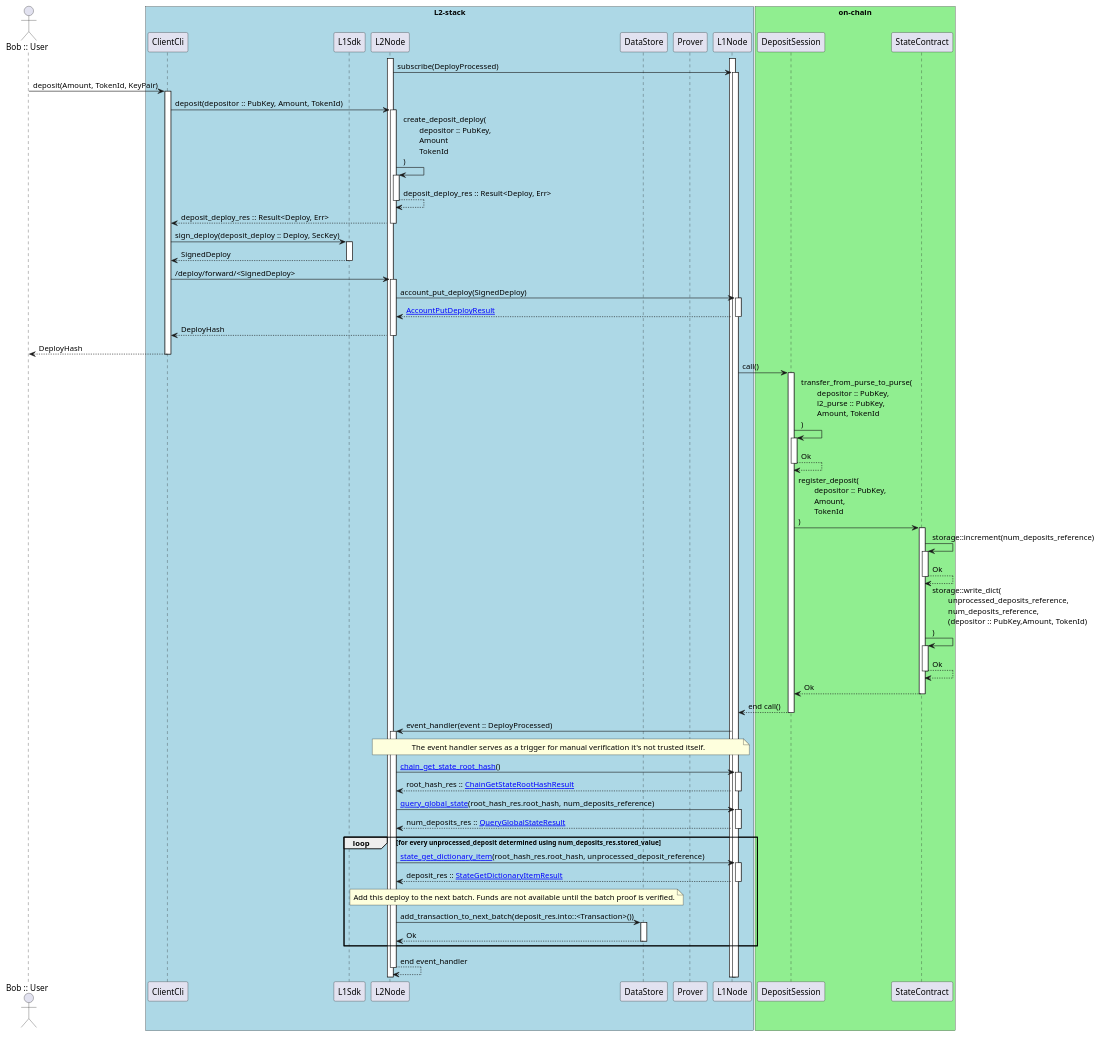
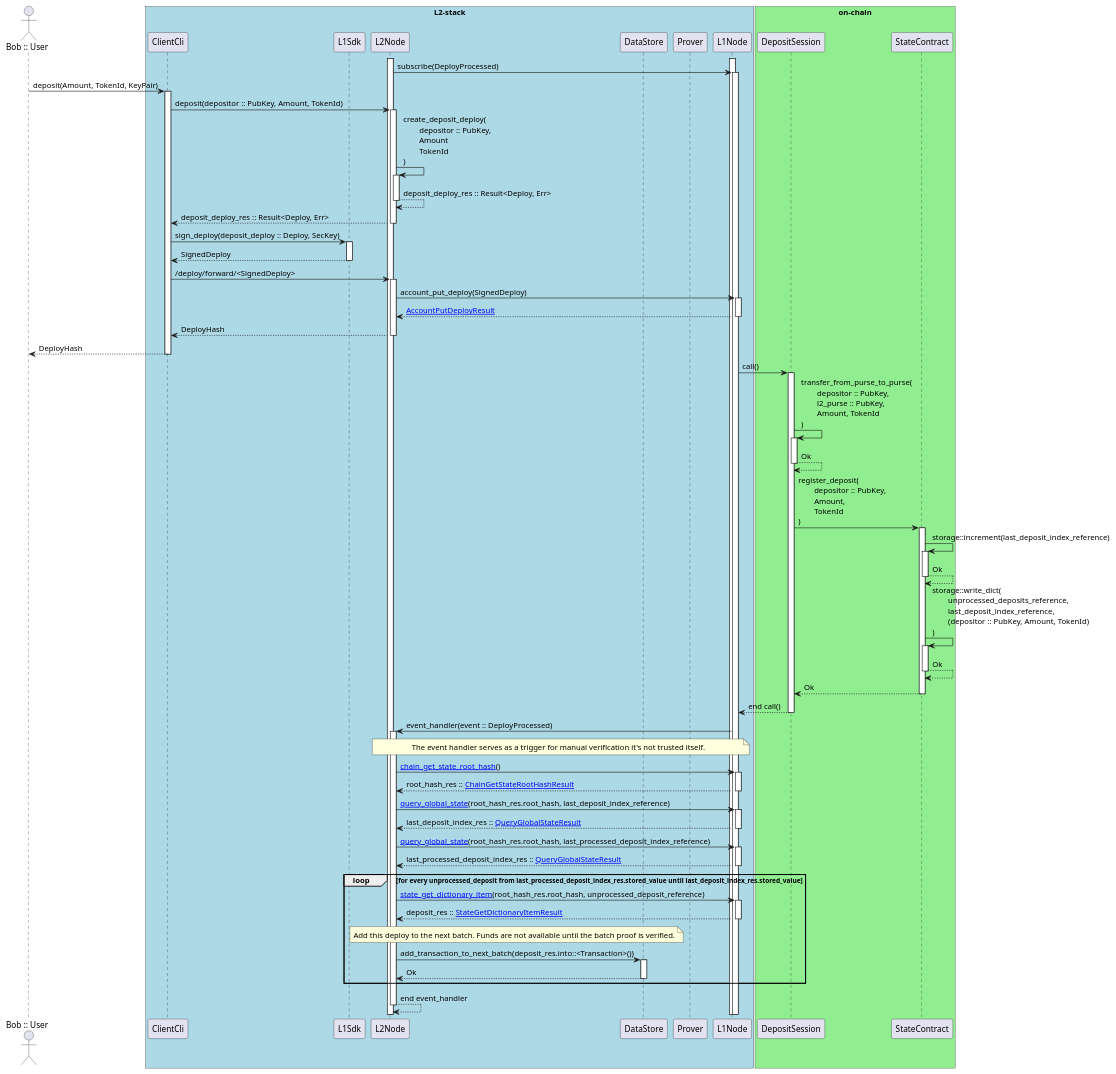
Before and after one commit to cspr-rad/kairos-spec: the diagram in diagrams/deposit_v2.puml, drawn with PlantUML.

Commit message:
diagrams: update deposit

```diff
--- a/diagrams/deposit_v2.puml
+++ b/diagrams/deposit_v2.puml
@@ -1,70 +1,73 @@
 @startuml
 autoactivate on
 actor "Bob :: User" as Bob
 box "L2-stack" #LightBlue
 participant ClientCli
 participant L1Sdk
 participant L2Node
 participant DataStore
 participant Prover
 participant L1Node
 end box
 box "on-chain" #LightGreen
 participant DepositSession
 participant StateContract
 end box
 
 activate L1Node
 activate L2Node
 
 L2Node -> L1Node: subscribe(DeployProcessed)
 Bob -> ClientCli: deposit(Amount, TokenId, KeyPair)
 ClientCli -> L2Node: deposit(depositor :: PubKey, Amount, TokenId)
 
 L2Node -> L2Node: create_deposit_deploy(\n\tdepositor :: PubKey,\n\tAmount\n\tTokenId\n)
 
 L2Node --> L2Node: deposit_deploy_res :: Result<Deploy, Err>
 L2Node --> ClientCli: deposit_deploy_res :: Result<Deploy, Err>
 
 ClientCli -> L1Sdk: sign_deploy(deposit_deploy :: Deploy, SecKey)
 L1Sdk --> ClientCli: SignedDeploy
 
 ClientCli -> L2Node: /deploy/forward/<SignedDeploy>
 L2Node -> L1Node: account_put_deploy(SignedDeploy)
 L1Node --> L2Node: [[https://docs.casper.network/developers/json-rpc/json-rpc-transactional/#account_put_deploy_result AccountPutDeployResult]]
 L2Node --> ClientCli: DeployHash
 ClientCli --> Bob: DeployHash
 
 L1Node -> DepositSession: call()
 DepositSession -> DepositSession: transfer_from_purse_to_purse(\n\tdepositor :: PubKey,\n\tl2_purse :: PubKey,\n\tAmount, TokenId\n)
 DepositSession --> DepositSession: Ok
 DepositSession -> StateContract: register_deposit(\n\tdepositor :: PubKey,\n\tAmount,\n\tTokenId\n)
-StateContract -> StateContract: storage::increment(num_deposits_reference)
+StateContract -> StateContract: storage::increment(last_deposit_index_reference)
 StateContract --> StateContract: Ok
-StateContract -> StateContract: storage::write_dict(\n\tunprocessed_deposits_reference,\n\tnum_deposits_reference,\n\t(depositor :: PubKey,Amount, TokenId)\n)
+StateContract -> StateContract: storage::write_dict(\n\tunprocessed_deposits_reference,\n\tlast_deposit_index_reference,\n\t(depositor :: PubKey, Amount, TokenId)\n)
 StateContract --> StateContract: Ok
 StateContract --> DepositSession: Ok
 DepositSession --> L1Node: end call()
 
 L1Node -> L2Node: event_handler(event :: DeployProcessed)
 note over L2Node, L1Node
 The event handler serves as a trigger for manual verification it's not trusted itself.
 end note
 L2Node -> L1Node: [[https://docs.casper.network/developers/json-rpc/json-rpc-informational/#chain-get-state-root-hash chain_get_state_root_hash]]()
 L1Node --> L2Node: root_hash_res :: [[https://docs.casper.network/developers/json-rpc/json-rpc-informational/#chain_get_state_root_hash_result ChainGetStateRootHashResult]]
 
-L2Node -> L1Node: [[https://docs.casper.network/developers/json-rpc/json-rpc-informational/#query-global-state query_global_state]](root_hash_res.root_hash, num_deposits_reference)
-L1Node --> L2Node: num_deposits_res :: [[https://docs.casper.network/developers/json-rpc/json-rpc-informational/#query_global_state_result QueryGlobalStateResult]]
+L2Node -> L1Node: [[https://docs.casper.network/developers/json-rpc/json-rpc-informational/#query-global-state query_global_state]](root_hash_res.root_hash, last_deposit_index_reference)
+L1Node --> L2Node: last_deposit_index_res :: [[https://docs.casper.network/developers/json-rpc/json-rpc-informational/#query_global_state_result QueryGlobalStateResult]]
 
-loop for every unprocessed_deposit determined using num_deposits_res.stored_value
+L2Node -> L1Node: [[https://docs.casper.network/developers/json-rpc/json-rpc-informational/#query-global-state query_global_state]](root_hash_res.root_hash, last_processed_deposit_index_reference)
+L1Node --> L2Node: last_processed_deposit_index_res :: [[https://docs.casper.network/developers/json-rpc/json-rpc-informational/#query_global_state_result QueryGlobalStateResult]]
+
+loop for every unprocessed_deposit from last_processed_deposit_index_res.stored_value until last_deposit_index_res.stored_value
 
 L2Node -> L1Node: [[https://docs.casper.network/developers/json-rpc/json-rpc-informational/#state-get-dictionary-item state_get_dictionary_item]](root_hash_res.root_hash, unprocessed_deposit_reference)
 L1Node --> L2Node: deposit_res :: [[https://docs.casper.network/developers/json-rpc/json-rpc-informational/#state-get-dictionary-item StateGetDictionaryItemResult]]
 note over L2Node, DataStore
 Add this deploy to the next batch. Funds are not available until the batch proof is verified.
 end note
 L2Node -> DataStore: add_transaction_to_next_batch(deposit_res.into::<Transaction>())
 DataStore --> L2Node: Ok
 end
 L2Node --> L2Node: end event_handler
 @enduml
```
